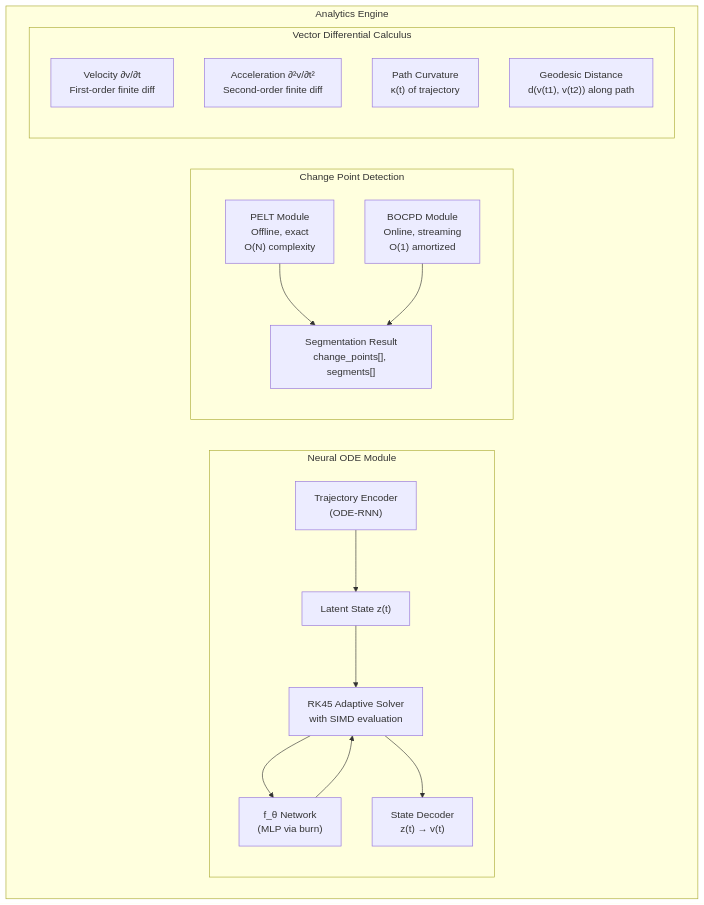
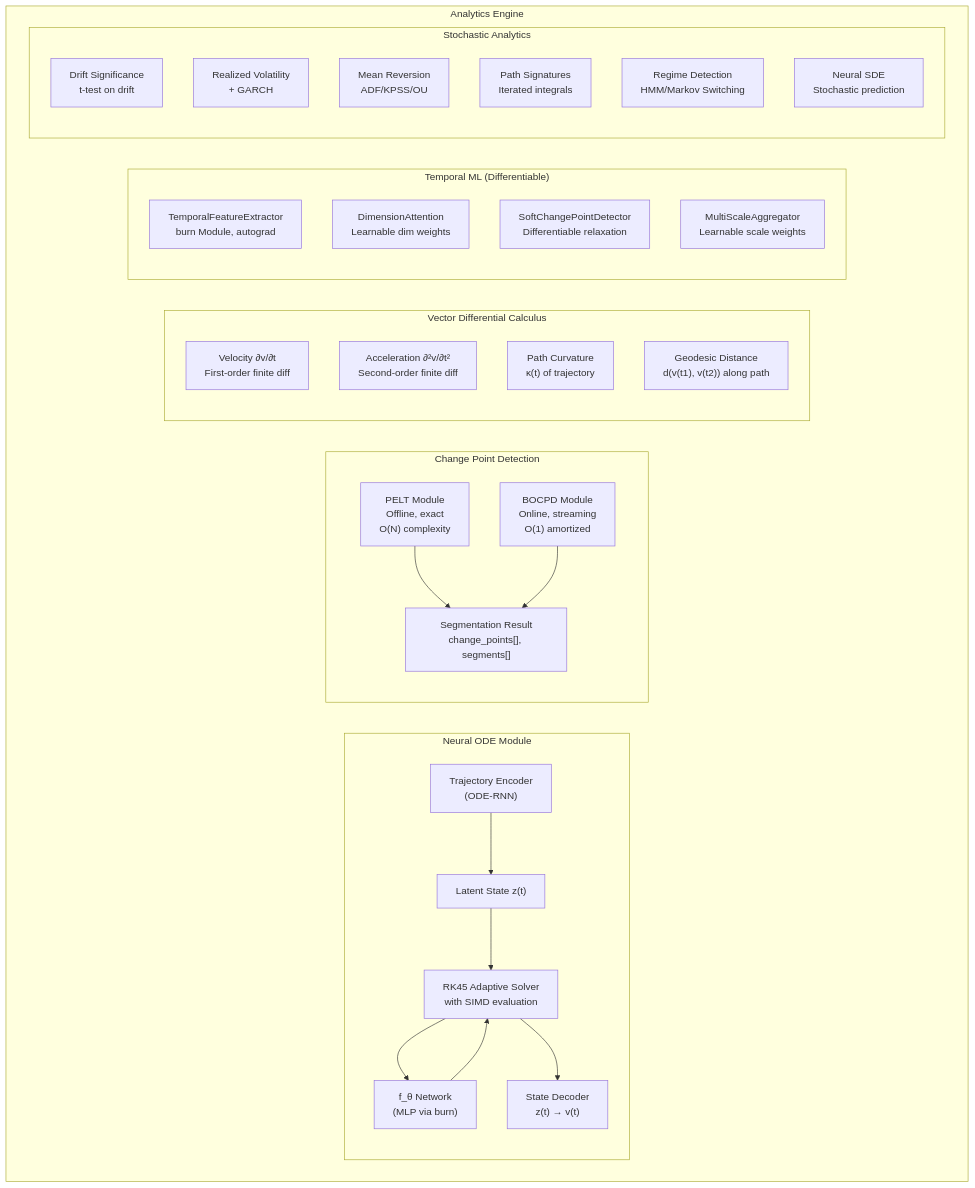
Before and after one commit to manucouto1/chronos-vector: diagram 18 of 35 in design/architecture.md, drawn with Mermaid. The commit also changed other lines of this file and 16 other files, not shown here.

````diff
--- a/design/architecture.md
+++ b/design/architecture.md
@@ -812,34 +812,50 @@
 ```mermaid
 graph TB
     subgraph AnalyticsEngine["Analytics Engine"]
         subgraph NeuralODE["Neural ODE Module"]
             ENCODER["Trajectory Encoder<br/>(ODE-RNN)"]
             LATENT["Latent State z(t)"]
             SOLVER["RK45 Adaptive Solver<br/>with SIMD evaluation"]
             DECODER["State Decoder<br/>z(t) → v(t)"]
             FTHETA["f_θ Network<br/>(MLP via burn)"]
         end
 
         subgraph CPD["Change Point Detection"]
             PELT_MOD["PELT Module<br/>Offline, exact<br/>O(N) complexity"]
             BOCPD_MOD["BOCPD Module<br/>Online, streaming<br/>O(1) amortized"]
             SEG["Segmentation Result<br/>change_points[], segments[]"]
         end
 
         subgraph VectorCalc["Vector Differential Calculus"]
             VELOCITY["Velocity ∂v/∂t<br/>First-order finite diff"]
             ACCEL["Acceleration ∂²v/∂t²<br/>Second-order finite diff"]
             CURVATURE["Path Curvature<br/>κ(t) of trajectory"]
             GEODESIC["Geodesic Distance<br/>d(v(t1), v(t2)) along path"]
         end
+
+        subgraph TemporalML["Temporal ML (Differentiable)"]
+            FEAT_EXT["TemporalFeatureExtractor<br/>burn Module, autograd"]
+            DIM_ATT["DimensionAttention<br/>Learnable dim weights"]
+            SOFT_CPD["SoftChangePointDetector<br/>Differentiable relaxation"]
+            SCALE_AGG["MultiScaleAggregator<br/>Learnable scale weights"]
+        end
+
+        subgraph Stochastic["Stochastic Analytics"]
+            DRIFT_TEST["Drift Significance<br/>t-test on drift"]
+            VOL["Realized Volatility<br/>+ GARCH"]
+            MEAN_REV["Mean Reversion<br/>ADF/KPSS/OU"]
+            PATH_SIG["Path Signatures<br/>Iterated integrals"]
+            REGIME["Regime Detection<br/>HMM/Markov Switching"]
+            NSDE["Neural SDE<br/>Stochastic prediction"]
+        end
     end
 
     ENCODER --> LATENT
     LATENT --> SOLVER
     SOLVER --> FTHETA
     FTHETA --> SOLVER
     SOLVER --> DECODER
 
     PELT_MOD --> SEG
     BOCPD_MOD --> SEG
 ```
````
